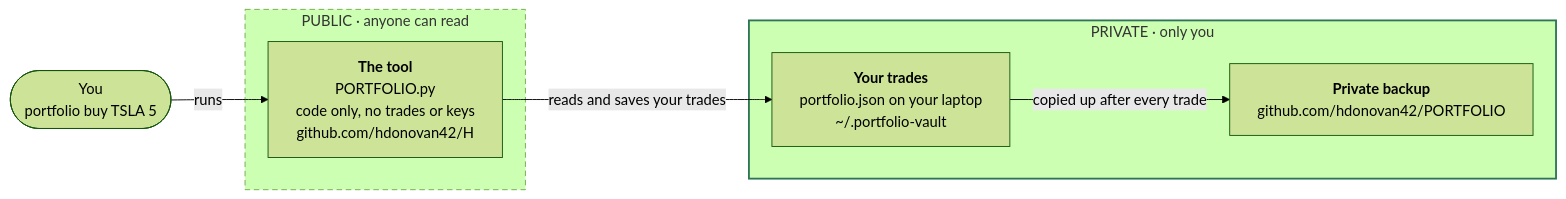
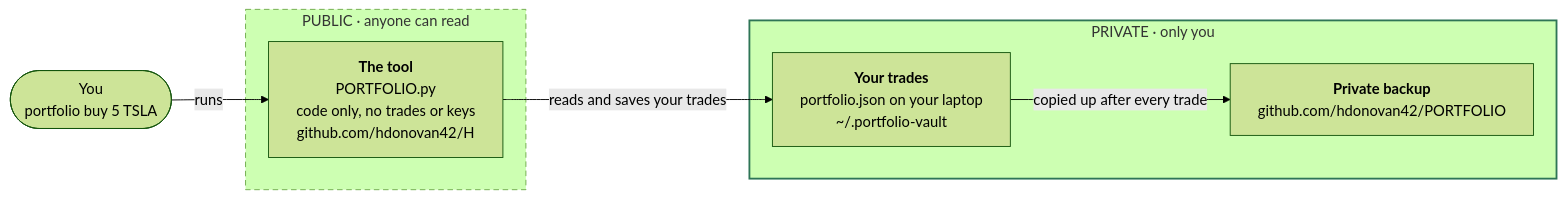
The diagram in projects/portfolio/README.md (hdonovan42/H), drawn with Mermaid (forest theme) before and after one commit. The commit also changed other lines of this file and 1 other file, not shown here.

First line of the commit message:
Portfolio: buy/sell take QUANTITY before TICKER (`buy 10 AAPL @ 401.00`)

````diff
--- a/projects/portfolio/README.md
+++ b/projects/portfolio/README.md
@@ -12,16 +12,16 @@
 ```mermaid
 flowchart LR
-    you(["You<br/>portfolio buy TSLA 5"])
+    you(["You<br/>portfolio buy 5 TSLA"])
     subgraph public["PUBLIC · anyone can read"]
         tool["<b>The tool</b><br/>PORTFOLIO.py<br/>code only, no trades or keys<br/>github.com/hdonovan42/H"]
     end
     subgraph private["PRIVATE · only you"]
         laptop["<b>Your trades</b><br/>portfolio.json on your laptop<br/>~/.portfolio-vault"]
         backup["<b>Private backup</b><br/>github.com/hdonovan42/PORTFOLIO"]
         laptop -- "copied up after every trade" --> backup
     end
     you -- runs --> tool
     tool -- "reads and saves your trades" --> laptop
     style public stroke-dasharray: 6 4
     style private stroke:#2e7556,stroke-width:2px
 ```
````
